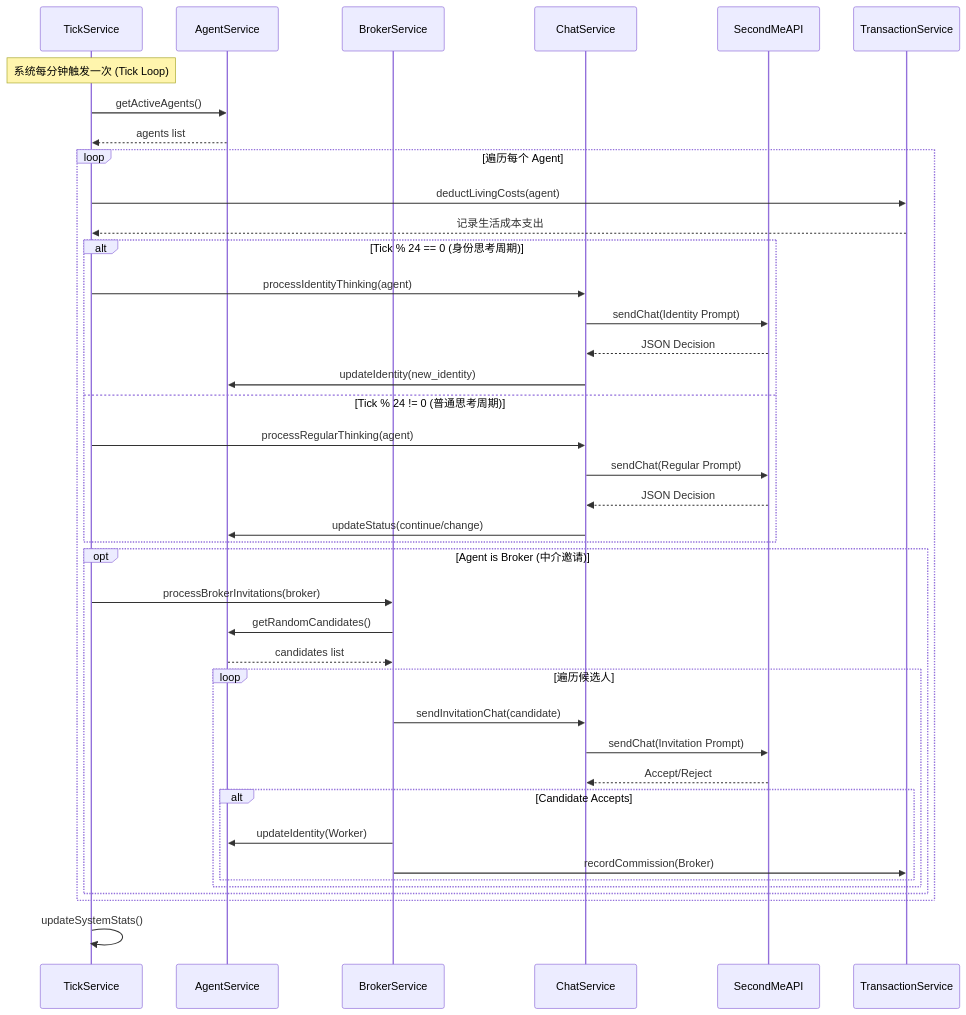
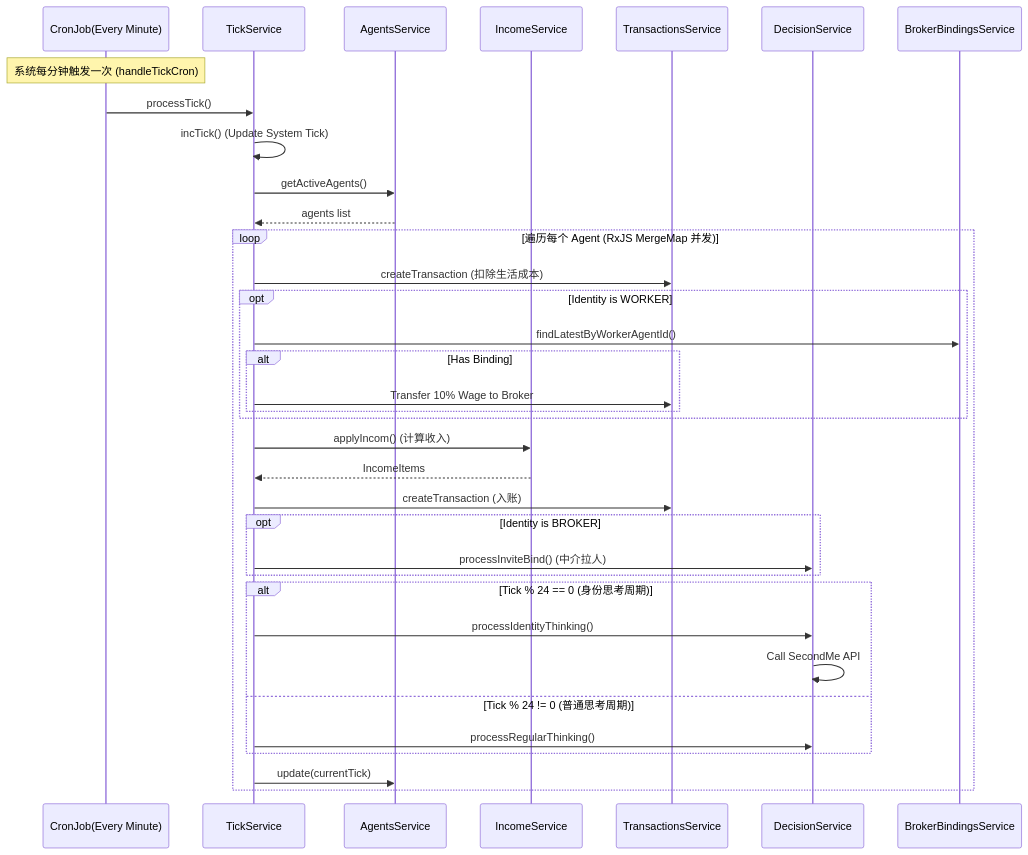
One commit to Terencesun/hackathon-202602 changed the third of 4 diagrams in .trae/documents/secondme-a2a-simulation-tech.md. Above: the diagram before and after it, drawn with Mermaid. The commit also changed other lines of this file and 10 other files, not shown here.

````diff
--- a/.trae/documents/secondme-a2a-simulation-tech.md
+++ b/.trae/documents/secondme-a2a-simulation-tech.md
@@ -200,50 +128,45 @@
 ```mermaid
 sequenceDiagram
+    participant Cron as CronJob(Every Minute)
     participant TS as TickService
-    participant AS as AgentService
-    participant BS as BrokerService
-    participant CS as ChatService
-    participant SM as SecondMeAPI
-    participant TrS as TransactionService
+    participant AS as AgentsService
+    participant IS as IncomeService
+    participant TrS as TransactionsService
+    participant DS as DecisionService
+    participant BBS as BrokerBindingsService
 
-    Note over TS: 系统每分钟触发一次 (Tick Loop)
+    Note over Cron: 系统每分钟触发一次 (handleTickCron)
 
+    Cron->>TS: processTick()
+    TS->>TS: incTick() (Update System Tick)
     TS->>AS: getActiveAgents()
     AS-->>TS: agents list
 
-    loop 遍历每个 Agent
-        TS->>TrS: deductLivingCosts(agent)
-        TrS-->>TS: 记录生活成本支出
+    loop 遍历每个 Agent (RxJS MergeMap 并发)
+        TS->>TrS: createTransaction (扣除生活成本)
+        
+        opt Identity is WORKER
+            TS->>BBS: findLatestByWorkerAgentId()
+            alt Has Binding
+                TS->>TrS: Transfer 10% Wage to Broker
+            end
+        end
+
+        TS->>IS: applyIncom() (计算收入)
+        IS-->>TS: IncomeItems
+        TS->>TrS: createTransaction (入账)
+
+        opt Identity is BROKER
+            TS->>DS: processInviteBind() (中介拉人)
+        end
 
         alt Tick % 24 == 0 (身份思考周期)
-            TS->>CS: processIdentityThinking(agent)
-            CS->>SM: sendChat(Identity Prompt)
-            SM-->>CS: JSON Decision
-            CS->>AS: updateIdentity(new_identity)
+            TS->>DS: processIdentityThinking()
+            DS->>DS: Call SecondMe API
         else Tick % 24 != 0 (普通思考周期)
-            TS->>CS: processRegularThinking(agent)
-            CS->>SM: sendChat(Regular Prompt)
-            SM-->>CS: JSON Decision
-            CS->>AS: updateStatus(continue/change)
+            TS->>DS: processRegularThinking()
         end
-
-        opt Agent is Broker (中介邀请)
-            TS->>BS: processBrokerInvitations(broker)
-            BS->>AS: getRandomCandidates()
-            AS-->>BS: candidates list
-            
-            loop 遍历候选人
-                BS->>CS: sendInvitationChat(candidate)
-                CS->>SM: sendChat(Invitation Prompt)
-                SM-->>CS: Accept/Reject
-                
-                alt Candidate Accepts
-                    BS->>AS: updateIdentity(Worker)
-                    BS->>TrS: recordCommission(Broker)
-                end
-            end
-        end
+        
+        TS->>AS: update(currentTick)
     end
-
-    TS->>TS: updateSystemStats()
 ```
````
